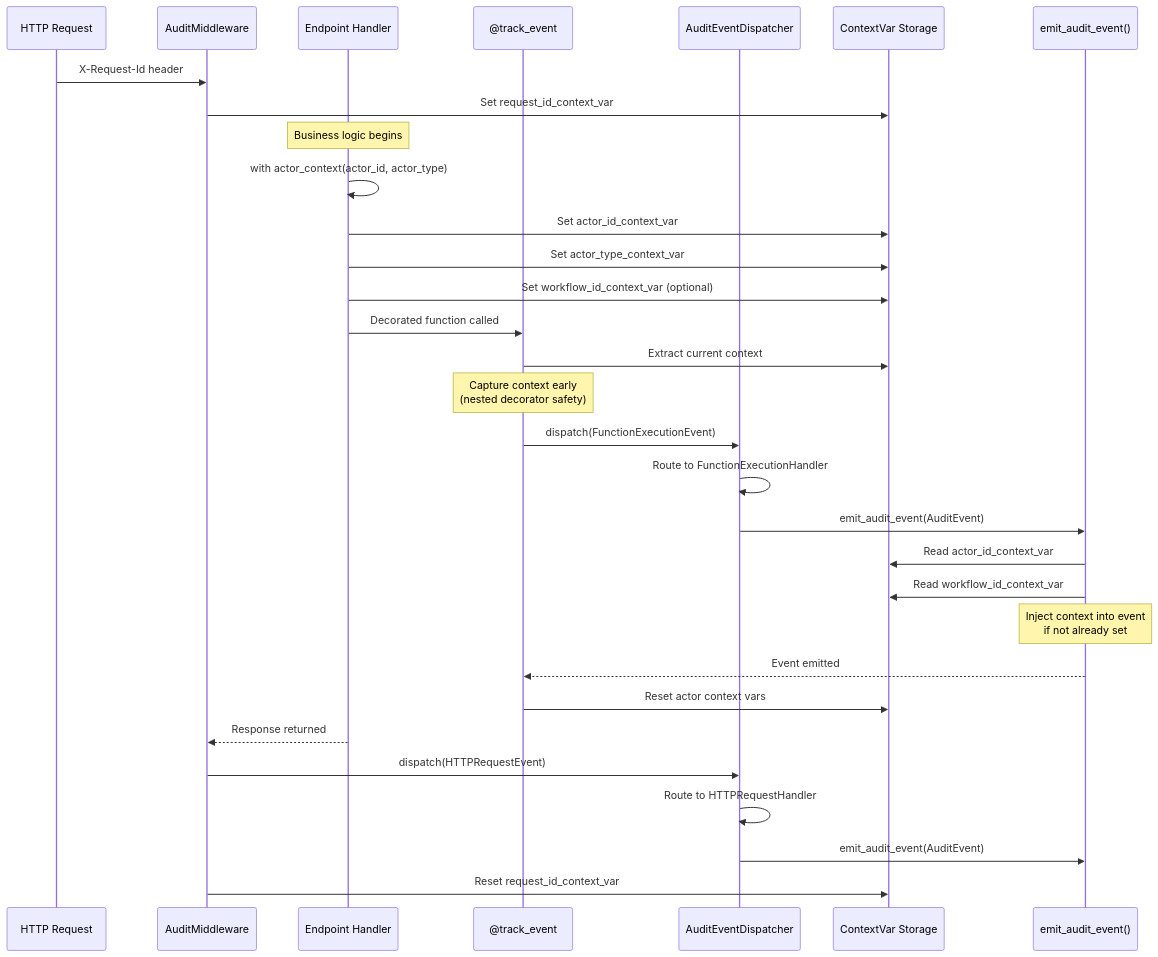
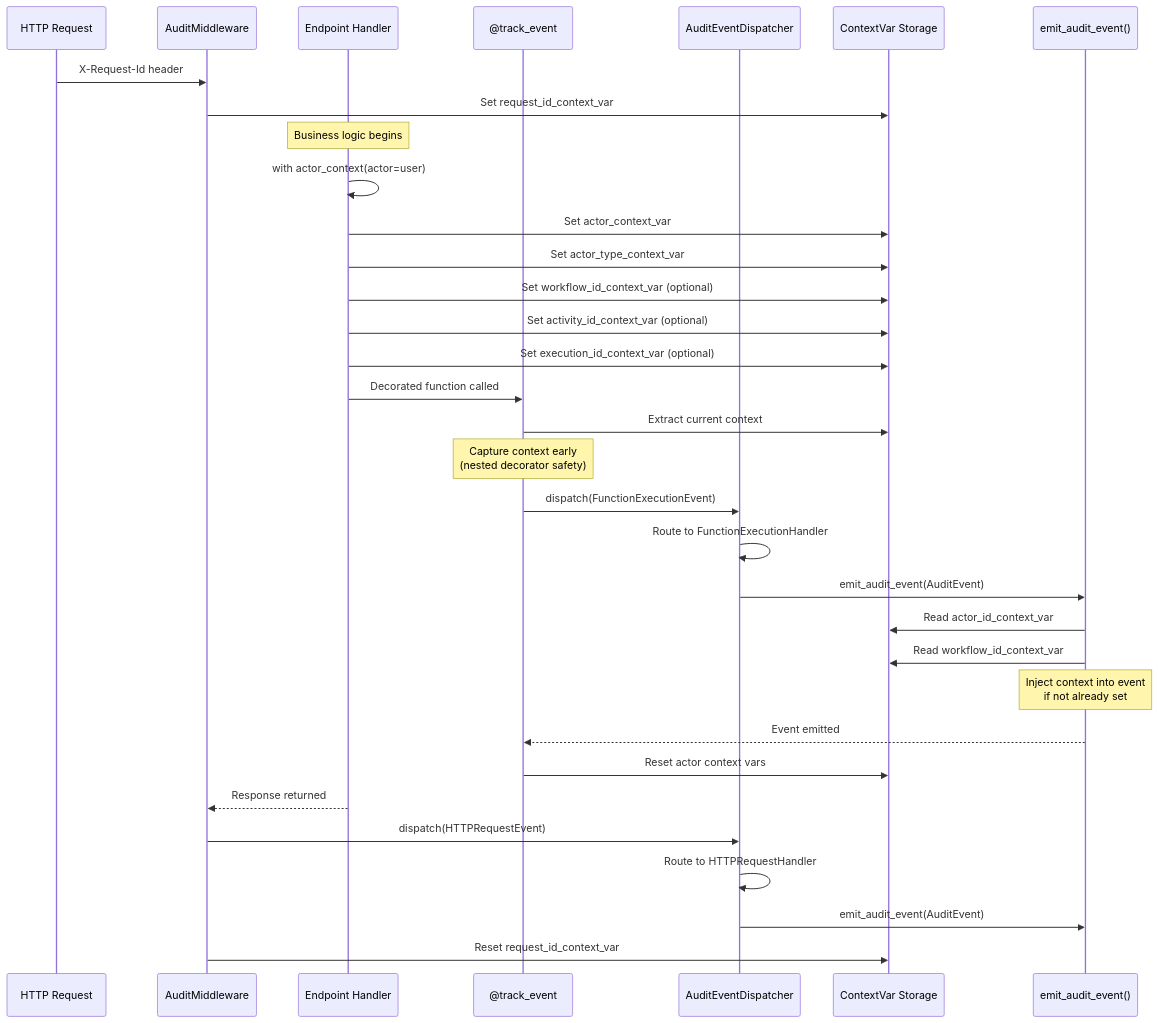
One commit to alinabuzachis/syntara changed the fourth of 6 diagrams in docs/audit.md. Above: the diagram before and after it, drawn with Mermaid. The commit also changed other lines of this file and 34 other files, not shown here.

````diff
--- a/docs/audit.md
+++ b/docs/audit.md
@@ -270,40 +281,42 @@
 ```mermaid
 sequenceDiagram
     participant Request as HTTP Request
     participant Middleware as AuditMiddleware
     participant Handler as Endpoint Handler
     participant Decorator as @track_event
     participant Dispatcher as AuditEventDispatcher
     participant ContextVar as ContextVar Storage
     participant Emitter as emit_audit_event()
 
     Request->>Middleware: X-Request-Id header
     Middleware->>ContextVar: Set request_id_context_var
 
     Note over Handler: Business logic begins
 
-    Handler->>Handler: with actor_context(actor_id, actor_type)
-    Handler->>ContextVar: Set actor_id_context_var
+    Handler->>Handler: with actor_context(actor=user)
+    Handler->>ContextVar: Set actor_context_var
     Handler->>ContextVar: Set actor_type_context_var
     Handler->>ContextVar: Set workflow_id_context_var (optional)
+    Handler->>ContextVar: Set activity_id_context_var (optional)
+    Handler->>ContextVar: Set execution_id_context_var (optional)
 
     Handler->>Decorator: Decorated function called
     Decorator->>ContextVar: Extract current context
     Note over Decorator: Capture context early<br/>(nested decorator safety)
     Decorator->>Dispatcher: dispatch(FunctionExecutionEvent)
     Dispatcher->>Dispatcher: Route to FunctionExecutionHandler
     Dispatcher->>Emitter: emit_audit_event(AuditEvent)
 
     Emitter->>ContextVar: Read actor_id_context_var
     Emitter->>ContextVar: Read workflow_id_context_var
     Note over Emitter: Inject context into event<br/>if not already set
 
     Emitter-->>Decorator: Event emitted
     Decorator->>ContextVar: Reset actor context vars
 
     Handler-->>Middleware: Response returned
     Middleware->>Dispatcher: dispatch(HTTPRequestEvent)
     Dispatcher->>Dispatcher: Route to HTTPRequestHandler
     Dispatcher->>Emitter: emit_audit_event(AuditEvent)
     Middleware->>ContextVar: Reset request_id_context_var
 ```
````
